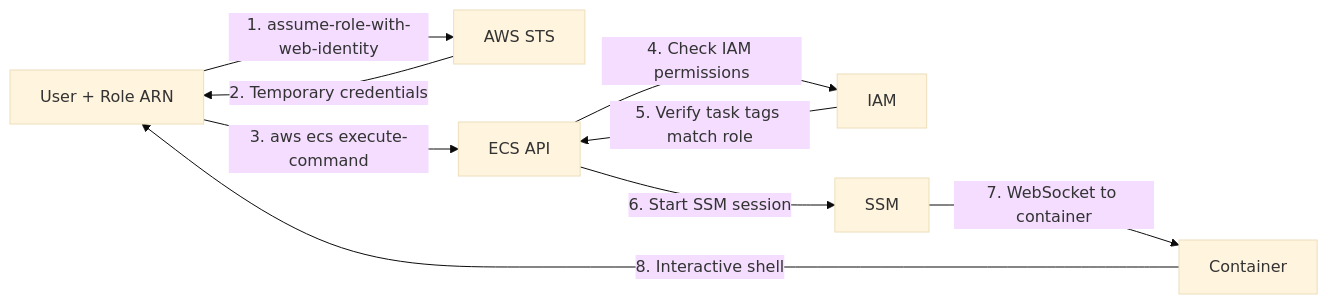
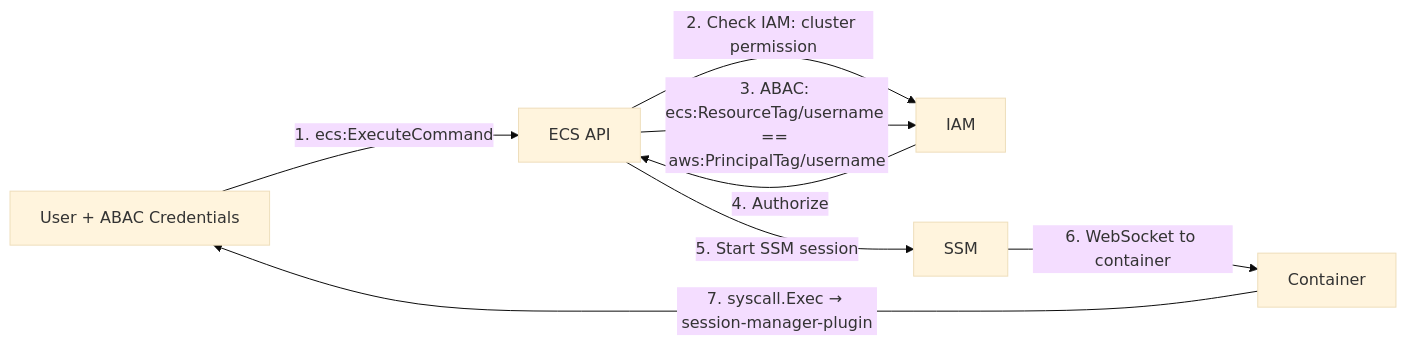
One commit to openshift-online/rosa-boundary changed the fourth of 6 diagrams in docs/architecture/overview.md. Above: the diagram before and after it, drawn with Mermaid (base theme). The commit also changed other lines of this file, not shown here.

First line of the commit message:
Update architecture docs to reflect current ABAC and Go CLI design (#20)

````diff
--- a/docs/architecture/overview.md
+++ b/docs/architecture/overview.md
@@ -152,11 +181,10 @@
 ```mermaid
 flowchart LR
-    U[User + Role ARN] -->|1. assume-role-with-web-identity| STS[AWS STS]
-    STS -->|2. Temporary credentials| U
-    U -->|3. aws ecs execute-command| ECS[ECS API]
-    ECS -->|4. Check IAM permissions| IAM[IAM]
-    IAM -->|5. Verify task tags match role| ECS
-    ECS -->|6. Start SSM session| SSM[SSM]
-    SSM -->|7. WebSocket to container| Fargate[Container]
-    Fargate -->|8. Interactive shell| U
+    U[User + ABAC Credentials] -->|1. ecs:ExecuteCommand| ECS[ECS API]
+    ECS -->|2. Check IAM: cluster permission| IAM[IAM]
+    ECS -->|3. ABAC: ecs:ResourceTag/username == aws:PrincipalTag/username| IAM
+    IAM -->|4. Authorize| ECS
+    ECS -->|5. Start SSM session| SSM[SSM]
+    SSM -->|6. WebSocket to container| Fargate[Container]
+    Fargate -->|7. syscall.Exec → session-manager-plugin| U
 ```
````
